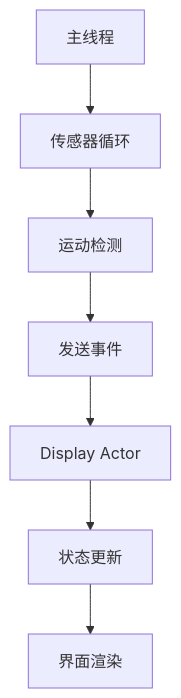
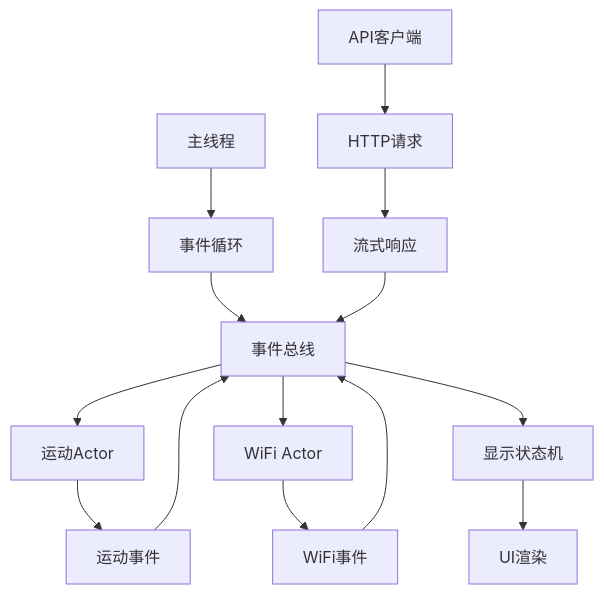
Before and after one commit to mztlive/rs-esp32-aichat: the diagram in README.md, drawn with Mermaid. The commit also changed other lines of this file and 2 other files, not shown here.

````diff
--- a/README.md
+++ b/README.md
@@ -97,9 +120,16 @@
 ```mermaid
 graph TD
-    A[主线程] --> B[传感器循环]
-    B --> C[运动检测]
-    C --> D[发送事件]
-    D --> E[Display Actor]
-    E --> F[状态更新]
-    F --> G[界面渲染]
+    A[主线程] --> B[事件循环]
+    B --> C[事件总线]
+    C --> D[运动Actor]
+    C --> E[WiFi Actor]
+    C --> F[显示状态机]
+    D --> G[运动事件]
+    E --> H[WiFi事件]
+    F --> I[UI渲染]
+    G --> C
+    H --> C
+    J[API客户端] --> K[HTTP请求]
+    K --> L[流式响应]
+    L --> C
 ```
````
